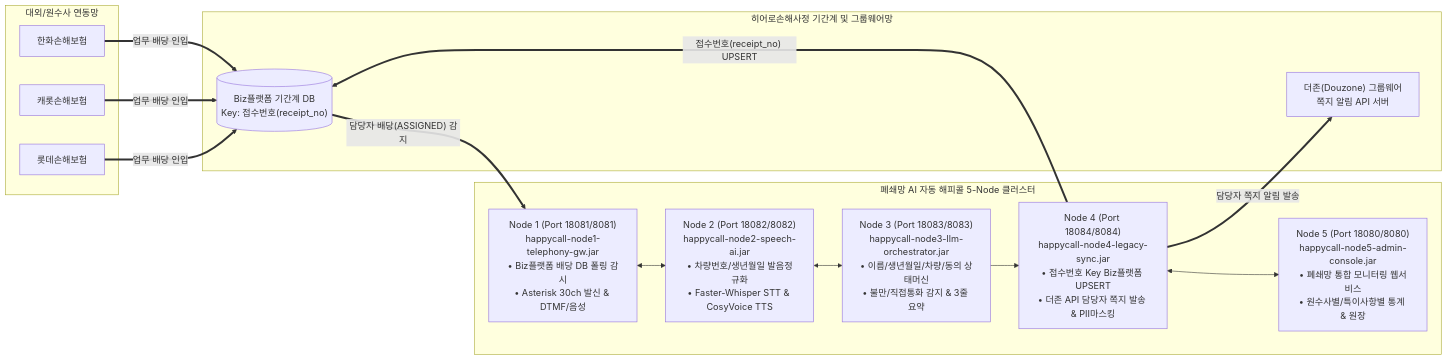
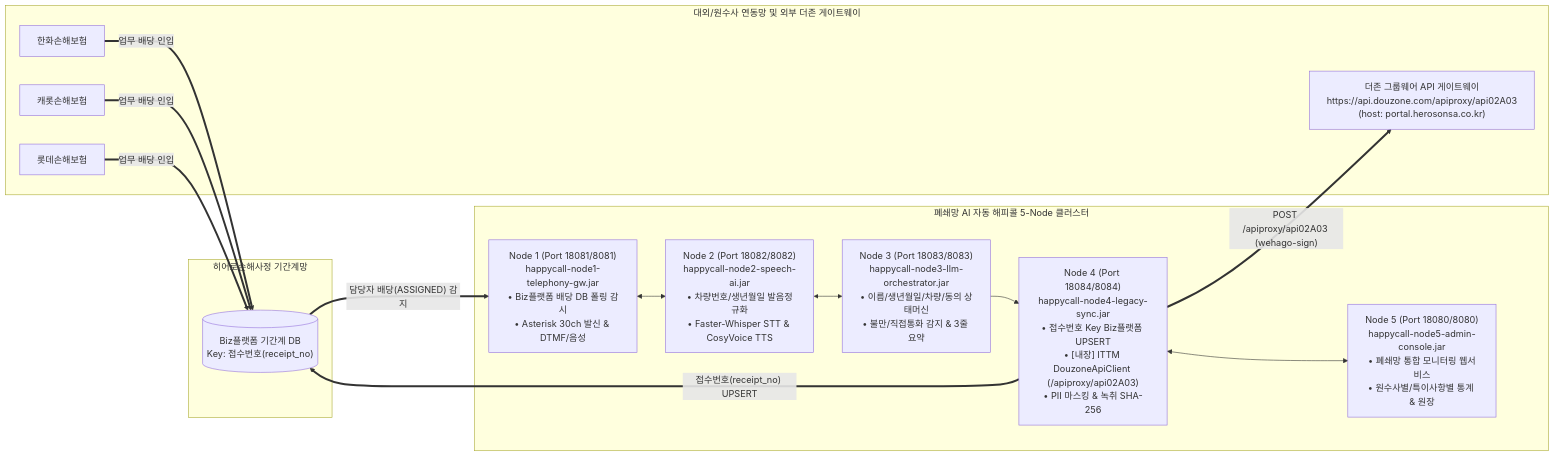
Before and after one commit to herosonsa1/AI_HappyCall: the third of 3 diagrams in dist/docs/04_AI_자동_해피콜_서비스_상세구축계획서.md, drawn with Mermaid. The commit also changed other lines of this file and 33 other files, not shown here.

Commit message:
feat(node4-douzone): REA-analyze ITTM DouzoneApiClient (/apiproxy/api02A03) and embed directly into Node 4 without separate node

````diff
--- a/dist/docs/04_AI_자동_해피콜_서비스_상세구축계획서.md
+++ b/dist/docs/04_AI_자동_해피콜_서비스_상세구축계획서.md
@@ -78,30 +79,30 @@
 ```mermaid
 flowchart LR
-    subgraph EXT["대외/원수사 연동망"]
+    subgraph EXT["대외/원수사 연동망 및 외부 더존 게이트웨이"]
         INS1["한화손해보험"]
         INS2["캐롯손해보험"]
         INS3["롯데손해보험"]
+        DZAPI["더존 그룹웨어 API 게이트웨이<br/>https://api.douzone.com/apiproxy/api02A03<br/>(host: portal.herosonsa.co.kr)"]
     end
 
-    subgraph LEGACY["히어로손해사정 기간계 및 그룹웨어망"]
+    subgraph LEGACY["히어로손해사정 기간계망"]
         BIZDB[("Biz플랫폼 기간계 DB<br/>Key: 접수번호(receipt_no)")]
-        DZAPI["더존(Douzone) 그룹웨어<br/>쪽지 알림 API 서버"]
     end
 
     subgraph AI_ZONE["폐쇄망 AI 자동 해피콜 5-Node 클러스터"]
         N1["Node 1 (Port 18081/8081)<br/>happycall-node1-telephony-gw.jar<br/>• Biz플랫폼 배당 DB 폴링 감시<br/>• Asterisk 30ch 발신 & DTMF/음성"]
         N2["Node 2 (Port 18082/8082)<br/>happycall-node2-speech-ai.jar<br/>• 차량번호/생년월일 발음정규화<br/>• Faster-Whisper STT & CosyVoice TTS"]
         N3["Node 3 (Port 18083/8083)<br/>happycall-node3-llm-orchestrator.jar<br/>• 이름/생년월일/차량/동의 상태머신<br/>• 불만/직접통화 감지 & 3줄 요약"]
-        N4["Node 4 (Port 18084/8084)<br/>happycall-node4-legacy-sync.jar<br/>• 접수번호 Key Biz플랫폼 UPSERT<br/>• 더존 API 담당자 쪽지 발송 & PII마스킹"]
+        N4["Node 4 (Port 18084/8084)<br/>happycall-node4-legacy-sync.jar<br/>• 접수번호 Key Biz플랫폼 UPSERT<br/>• [내장] ITTM DouzoneApiClient (/apiproxy/api02A03)<br/>• PII 마스킹 & 녹취 SHA-256"]
         N5["Node 5 (Port 18080/8080)<br/>happycall-node5-admin-console.jar<br/>• 폐쇄망 통합 모니터링 웹서비스<br/>• 원수사별/특이사항별 통계 & 원장"]
     end
 
     INS1 & INS2 & INS3 ==>|"업무 배당 인입"| BIZDB
     BIZDB ==>|"담당자 배당(ASSIGNED) 감지"| N1
     N1 <--> N2
     N2 <--> N3
     N3 --> N4
     N4 ==>|"접수번호(receipt_no) UPSERT"| BIZDB
-    N4 ==>|"담당자 쪽지 알림 발송"| DZAPI
+    N4 ==>|"POST /apiproxy/api02A03 (wehago-sign)"| DZAPI
     N4 <--> N5
 ```
````
